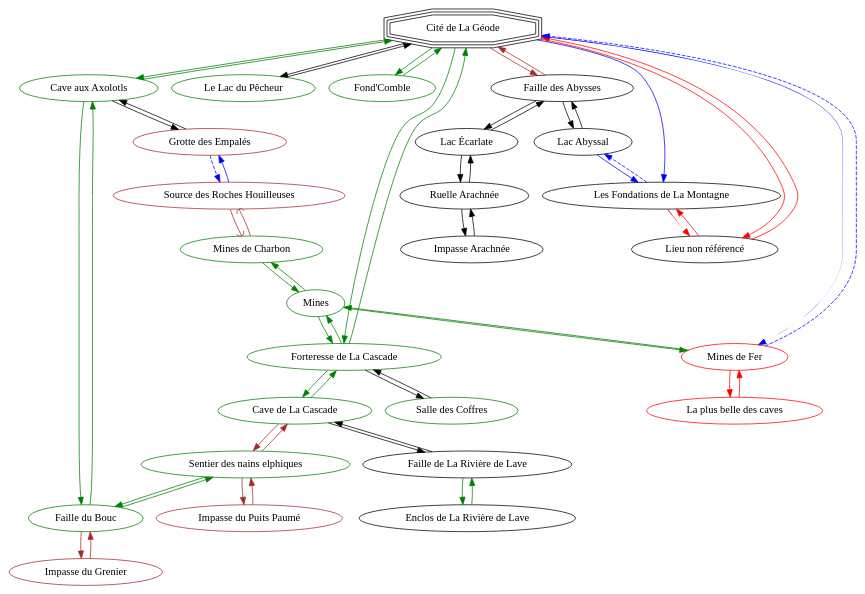
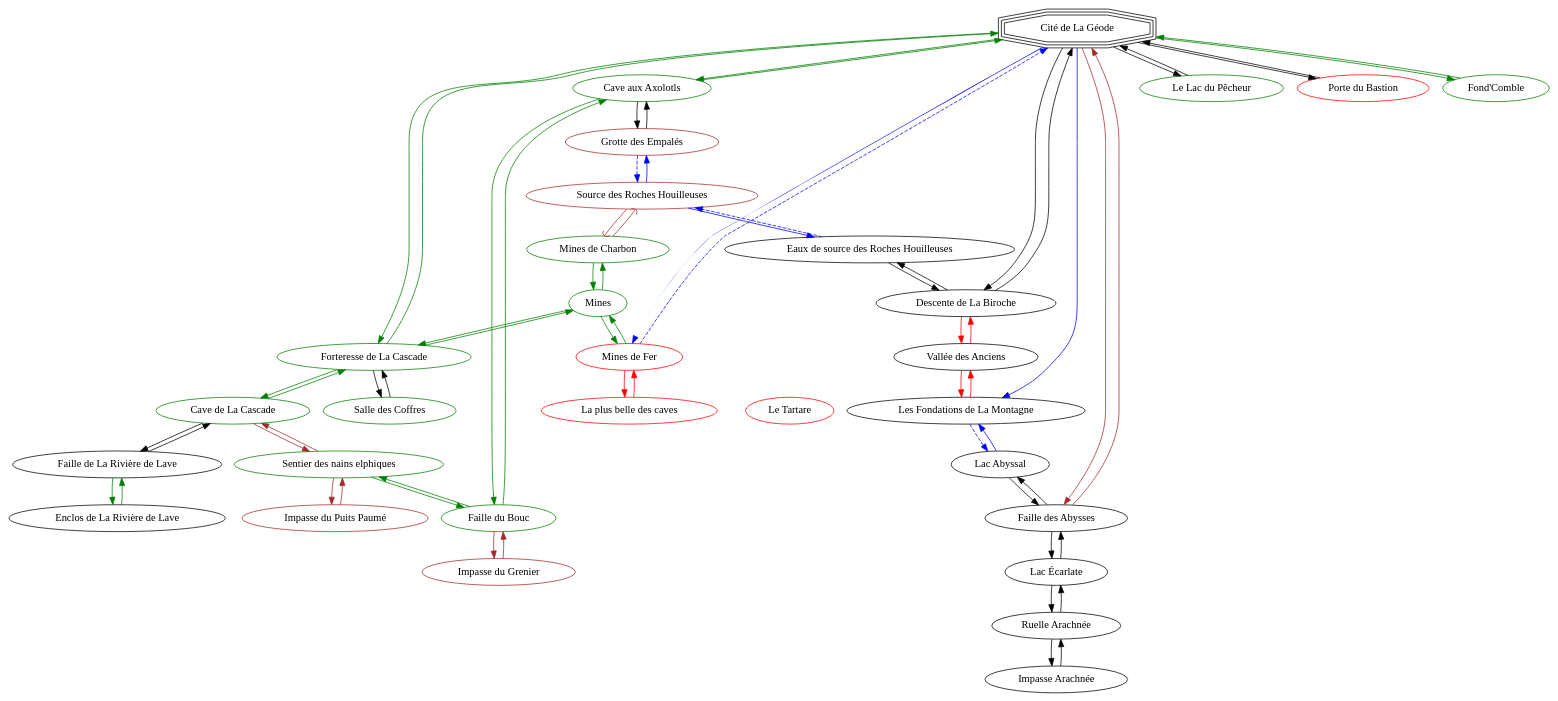
The diagram in src/oriente-cite.dot (ChampomyMC/graphe), drawn with Graphviz before and after one commit.

Commit message:
Checkpoint

```diff
--- a/src/oriente-cite.dot
+++ b/src/oriente-cite.dot
@@ -1,118 +1,142 @@
 //Légende
 //Noir = Pas besoin d'aménagement
 //Vert = Aménagé
 //Rouge = Technique, à aménager
 //Bleu = Chute d'eau en descente
 //Bleu en pointillés = Chute d'eau en montée
 //Maron = Technique, ne seras pas aménagé
 //Maron tête courbée vers le corps = Technique, demande de casser et placer des blocs
 digraph {
     overlap = false;
     "Cité de La Géode" [shape=tripleoctagon]
 
     "Cave de La Cascade" [color=green]
     "Cave de La Cascade" -> "Sentier des nains elphiques" [color=brown]
     "Sentier des nains elphiques" -> "Cave de La Cascade" [color=brown]
     "Sentier des nains elphiques" [color=green]
 
     "Impasse du Puits Paumé" [color=brown]
     "Sentier des nains elphiques" -> "Impasse du Puits Paumé" [color=brown]
     "Impasse du Puits Paumé" -> "Sentier des nains elphiques" [color=brown]
 
     "Sentier des nains elphiques" -> "Faille du Bouc" [color=green]
     "Faille du Bouc" -> "Sentier des nains elphiques" [color=green]
     "Faille du Bouc" [color=green]
 
     "Faille du Bouc" -> "Impasse du Grenier" [color=brown]
     "Impasse du Grenier" -> "Faille du Bouc" [color=brown]
     "Impasse du Grenier" [color=brown]
 
     "Faille du Bouc" -> "Cave aux Axolotls" [color=green]
     "Cave aux Axolotls" -> "Faille du Bouc" [color=green]
     //"Cave aux Axolotls" -> "Faille du Bouc" [color=brown]
     "Cave aux Axolotls" [color=green]
 
     "Cave aux Axolotls" -> "Cité de La Géode" [color=green]
     "Cité de La Géode" -> "Cave aux Axolotls" [color=green]
-
+    
+    "Cité de La Géode" -> "Descente de La Biroche"
+    "Descente de La Biroche" -> "Cité de La Géode"
+    
+    "Descente de La Biroche" -> "Vallée des Anciens" [color=red]
+    "Vallée des Anciens" -> "Descente de La Biroche" [color=red]
+    
+    "Vallée des Anciens" -> "Le Tartare" [style=invis]
+    "Le Tartare" [color=red]
+    
+    "Vallée des Anciens" -> "Les Fondations de La Montagne" [color=red]
+    "Les Fondations de La Montagne" -> "Vallée des Anciens" [color=red]
+    
+    
+    "Descente de La Biroche" -> "Eaux de source des Roches Houilleuses"
+    "Eaux de source des Roches Houilleuses" -> "Descente de La Biroche"
+    
+    "Eaux de source des Roches Houilleuses" -> "Source des Roches Houilleuses" [color=blue, style=dashed]
+    "Source des Roches Houilleuses" -> "Eaux de source des Roches Houilleuses" [color=blue]
+    
     "Cave aux Axolotls" -> "Grotte des Empalés"
     "Grotte des Empalés" -> "Cave aux Axolotls"
     "Grotte des Empalés" [color=brown]
 
     "Cité de La Géode" -> "Le Lac du Pêcheur"
     "Le Lac du Pêcheur" -> "Cité de La Géode"
     "Le Lac du Pêcheur" [color=green]
+    
+    "Cité de La Géode" -> "Porte du Bastion"
+    "Porte du Bastion" -> "Cité de La Géode"
+    "Porte du Bastion" [color="red"]
+    
 
     "Cité de La Géode" -> "Fond'Comble" [color=green]
     "Fond'Comble" -> "Cité de La Géode" [color=green]
     "Fond'Comble" [color=green]
 
     "Cité de La Géode" -> "Forteresse de La Cascade" [color=green]
     "Forteresse de La Cascade" -> "Cité de La Géode" [color=green]
     "Forteresse de La Cascade" [color=green]
 
     "Forteresse de La Cascade" -> "Salle des Coffres"
     "Salle des Coffres" -> "Forteresse de La Cascade"
     "Salle des Coffres" [color=green]
 
     "Forteresse de La Cascade" -> "Mines" [color=green]
     "Mines" -> "Forteresse de La Cascade" [color=green]
     "Mines" [color=green]
 
     "Forteresse de La Cascade" -> "Cave de La Cascade" [color=green]
     "Cave de La Cascade" -> "Forteresse de La Cascade" [color=green]
 
     "Cave de La Cascade" -> "Faille de La Rivière de Lave"
     "Faille de La Rivière de Lave" -> "Cave de La Cascade"
 
     "Faille de La Rivière de Lave" -> "Enclos de La Rivière de Lave" [color=green]
     "Enclos de La Rivière de Lave" -> "Faille de La Rivière de Lave" [color=green]
     
     "Cité de La Géode" -> "Faille des Abysses" [color=brown]
     "Faille des Abysses" -> "Cité de La Géode" [color=brown]
     "Faille des Abysses"
 
     "Faille des Abysses" -> "Lac Écarlate"
     "Lac Écarlate" -> "Faille des Abysses"
 
     "Lac Écarlate" -> "Ruelle Arachnée"
     "Ruelle Arachnée" -> "Lac Écarlate"
 
     "Ruelle Arachnée" -> "Impasse Arachnée"
     "Impasse Arachnée" -> "Ruelle Arachnée"
     
     "Faille des Abysses" -> "Lac Abyssal"
     "Lac Abyssal" -> "Faille des Abysses"
 
     "Lac Abyssal" -> "Les Fondations de La Montagne"[color=blue]
     "Les Fondations de La Montagne" -> "Lac Abyssal" [color=blue style=dashed]
 
-    "Les Fondations de La Montagne" -> "Lieu non référencé" [color=red style=tapered]
-    "Lieu non référencé" -> "Cité de La Géode" [color=red]
-    "Cité de La Géode" -> "Lieu non référencé" [color=red]
-    "Lieu non référencé" -> "Les Fondations de La Montagne" [color = red]
+//     "Les Fondations de La Montagne" -> "Lieu non référencé" [color=red style=tapered]
+//     "Lieu non référencé" -> "Cité de La Géode" [color=red]
+//     "Cité de La Géode" -> "Lieu non référencé" [color=red]
+//     "Lieu non référencé" -> "Les Fondations de La Montagne" [color = red]
 
     "Cité de La Géode" -> "Les Fondations de La Montagne" [color = blue]
 
     "Source des Roches Houilleuses" [color=brown]
     "Source des Roches Houilleuses" -> "Grotte des Empalés" [color=blue]
     "Grotte des Empalés" -> "Source des Roches Houilleuses" [color=blue style=dashed]
 
     "Source des Roches Houilleuses" -> "Mines de Charbon" [color=brown arrowhead=curve]
     "Mines de Charbon" -> "Source des Roches Houilleuses" [color=brown arrowhead=curve]
 
     "Mines" -> "Mines de Charbon" [color=green]
     "Mines de Charbon" -> "Mines" [color=green]
     "Mines de Charbon" [color=green]
 
     "Mines" -> "Mines de Fer" [color=green]
     "Mines de Fer" -> "Mines" [color=green]
     "Mines de Fer" [color=red]
 
     "Mines de Fer" -> "La plus belle des caves" [color=red]
     "La plus belle des caves" -> "Mines de Fer" [color=red]
     "La plus belle des caves" [color=red]
 
     "Mines de Fer" -> "Cité de La Géode" [color=blue style=dashed]
     "Cité de La Géode" -> "Mines de Fer" [color=blue style=tapered]
 }
```
